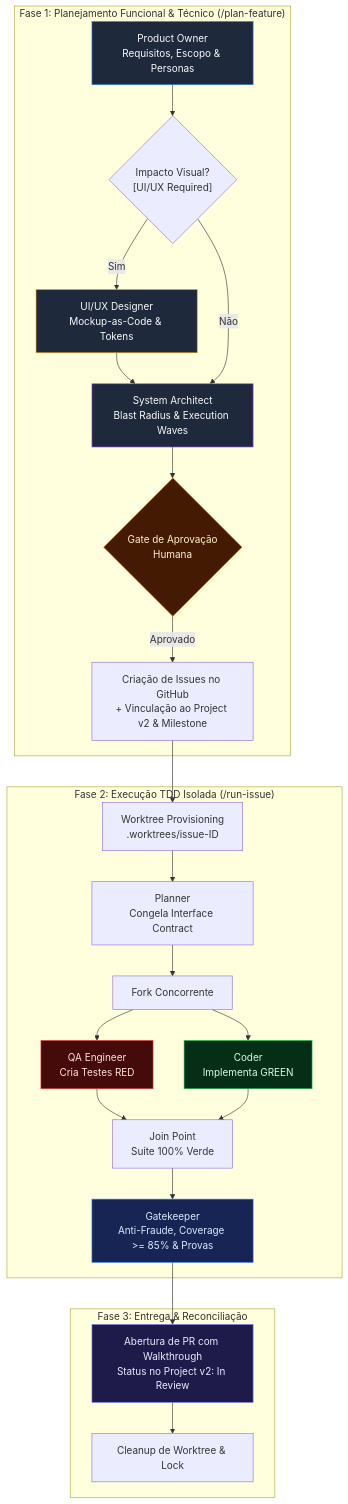
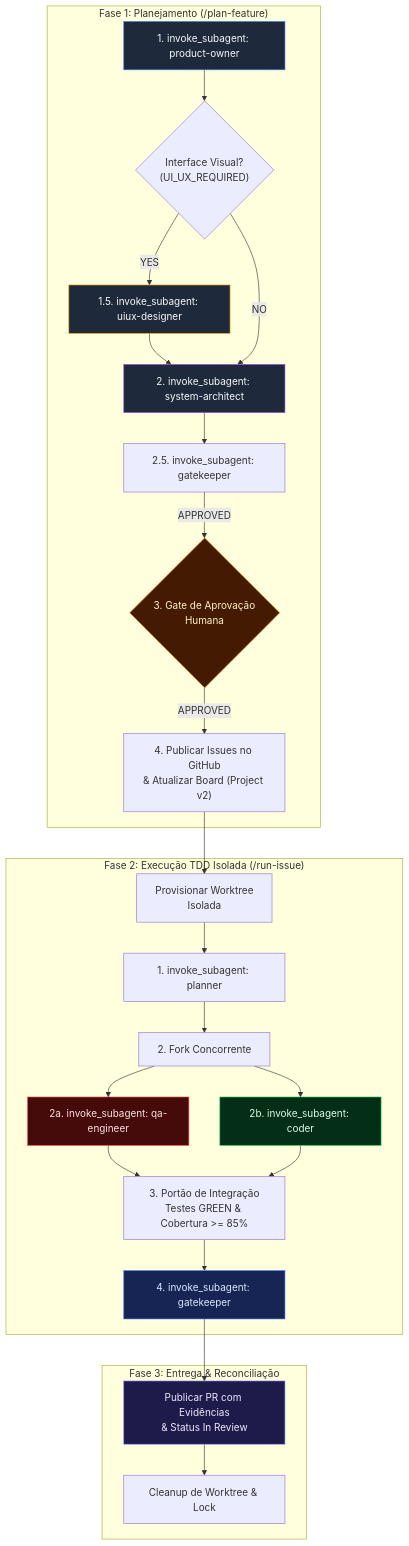
Before and after one commit to VitorJacom/my-agents: the third of 3 diagrams in docs/System-Architecture.md, drawn with Mermaid. The commit also changed other lines of this file and 35 other files, not shown here.

````diff
--- a/docs/System-Architecture.md
+++ b/docs/System-Architecture.md
@@ -133,52 +126,54 @@
 ```mermaid
 flowchart TD
-    subgraph Planning ["Fase 1: Planejamento Funcional & Técnico (/plan-feature)"]
-        PO_PHASE["Product Owner<br/>Requisitos, Escopo & Personas"]
-        UI_PHASE{"Impacto Visual?<br/>[UI/UX Required]"}
-        UIUX_MOCK["UI/UX Designer<br/>Mockup-as-Code & Tokens"]
-        ARCH_PHASE["System Architect<br/>Blast Radius & Execution Waves"]
-        APPROVAL{"Gate de Aprovação<br/>Humana"}
-        CREATE_ISSUES["Criação de Issues no GitHub<br/>+ Vinculação ao Project v2 & Milestone"]
+    subgraph Planning ["Fase 1: Planejamento (/plan-feature)"]
+        PO_PHASE["1. invoke_subagent: product-owner"]
+        UI_PHASE{"Interface Visual?<br/>(UI_UX_REQUIRED)"}
+        UIUX_MOCK["1.5. invoke_subagent: uiux-designer"]
+        ARCH_PHASE["2. invoke_subagent: system-architect"]
+        GOLD_PHASE["2.5. invoke_subagent: gatekeeper"]
+        APPROVAL{"3. Gate de Aprovação<br/>Humana"}
+        CREATE_ISSUES["4. Publicar Issues no GitHub<br/>& Atualizar Board (Project v2)"]
 
         PO_PHASE --> UI_PHASE
-        UI_PHASE -- Sim --> UIUX_MOCK --> ARCH_PHASE
-        UI_PHASE -- Não --> ARCH_PHASE
-        ARCH_PHASE --> APPROVAL
-        APPROVAL -- Aprovado --> CREATE_ISSUES
+        UI_PHASE -- "YES" --> UIUX_MOCK --> ARCH_PHASE
+        UI_PHASE -- "NO" --> ARCH_PHASE
+        ARCH_PHASE --> GOLD_PHASE
+        GOLD_PHASE -- "APPROVED" --> APPROVAL
+        APPROVAL -- "APPROVED" --> CREATE_ISSUES
     end
 
     subgraph Execution ["Fase 2: Execução TDD Isolada (/run-issue)"]
-        WT_CREATE["Worktree Provisioning<br/>.worktrees/issue-ID"]
-        PLANNER_STATE["Planner<br/>Congela Interface Contract"]
-        FORK["Fork Concorrente"]
-        QA_STATE["QA Engineer<br/>Cria Testes RED"]
-        CODER_STATE["Coder<br/>Implementa GREEN"]
-        JOIN["Join Point<br/>Suíte 100% Verde"]
-        GK_AUDIT["Gatekeeper<br/>Anti-Fraude, Coverage >= 85% & Provas"]
+        WT_CREATE["Provisionar Worktree<br/>Isolada"]
+        PLANNER_STATE["1. invoke_subagent: planner"]
+        FORK["2. Fork Concorrente"]
+        QA_STATE["2a. invoke_subagent: qa-engineer"]
+        CODER_STATE["2b. invoke_subagent: coder"]
+        JOIN["3. Portão de Integração<br/>Testes GREEN & Cobertura >= 85%"]
+        GK_AUDIT["4. invoke_subagent: gatekeeper"]
 
         CREATE_ISSUES --> WT_CREATE
         WT_CREATE --> PLANNER_STATE
         PLANNER_STATE --> FORK
         FORK --> QA_STATE
         FORK --> CODER_STATE
         QA_STATE --> JOIN
         CODER_STATE --> JOIN
         JOIN --> GK_AUDIT
     end
 
     subgraph Delivery ["Fase 3: Entrega & Reconciliação"]
-        PR_PUBLISH["Abertura de PR com Walkthrough<br/>Status no Project v2: In Review"]
+        PR_PUBLISH["Publicar PR com Evidências<br/>& Status In Review"]
         WT_CLEANUP["Cleanup de Worktree & Lock"]
-        
+
         GK_AUDIT --> PR_PUBLISH --> WT_CLEANUP
     end
 
     style PO_PHASE fill:#1e293b,stroke:#3b82f6,stroke-width:1px,color:#f8fafc
     style UIUX_MOCK fill:#1e293b,stroke:#f59e0b,stroke-width:1px,color:#f8fafc
     style ARCH_PHASE fill:#1e293b,stroke:#a855f7,stroke-width:1px,color:#f8fafc
     style APPROVAL fill:#451a03,stroke:#d97706,stroke-width:1px,color:#fef3c7
     style QA_STATE fill:#450a0a,stroke:#ef4444,stroke-width:1px,color:#fee2e2
     style CODER_STATE fill:#052e16,stroke:#22c55e,stroke-width:1px,color:#dcfce7
     style GK_AUDIT fill:#172554,stroke:#3b82f6,stroke-width:1px,color:#dbeafe
     style PR_PUBLISH fill:#1e1b4b,stroke:#818cf8,stroke-width:1px,color:#ede9fe
 ```
````
